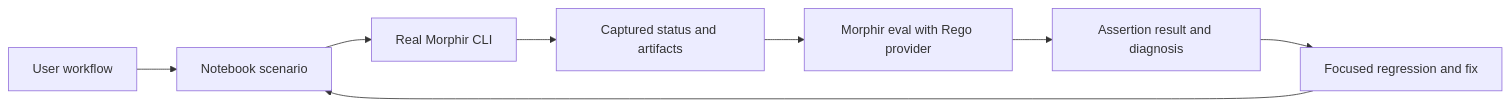
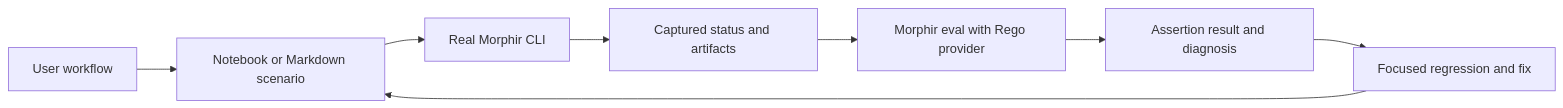
The diagram in kb/bundles/morphir/morphir-cli/example-driven-validation.md (finos/morphir), drawn with Mermaid before and after one commit. The commit also changed other lines of this file and 24 other files, not shown here.

````diff
--- a/kb/bundles/morphir/morphir-cli/example-driven-validation.md
+++ b/kb/bundles/morphir/morphir-cli/example-driven-validation.md
@@ -49,10 +67,10 @@
 ```mermaid
 flowchart LR
-    Workflow[User workflow] --> Notebook[Notebook scenario]
+    Workflow[User workflow] --> Notebook[Notebook or Markdown scenario]
     Notebook --> CLI[Real Morphir CLI]
     CLI --> Observation[Captured status and artifacts]
     Observation --> Eval[Morphir eval with Rego provider]
     Eval --> Diagnosis[Assertion result and diagnosis]
     Diagnosis --> Fix[Focused regression and fix]
     Fix --> Notebook
 ```
````
